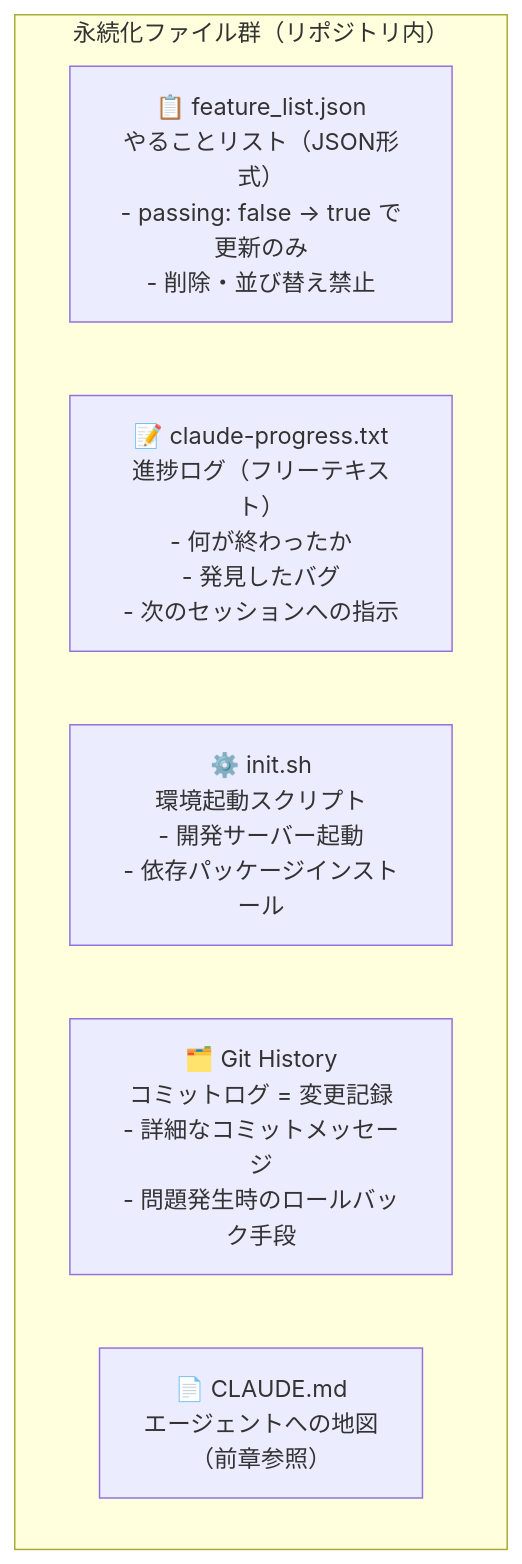
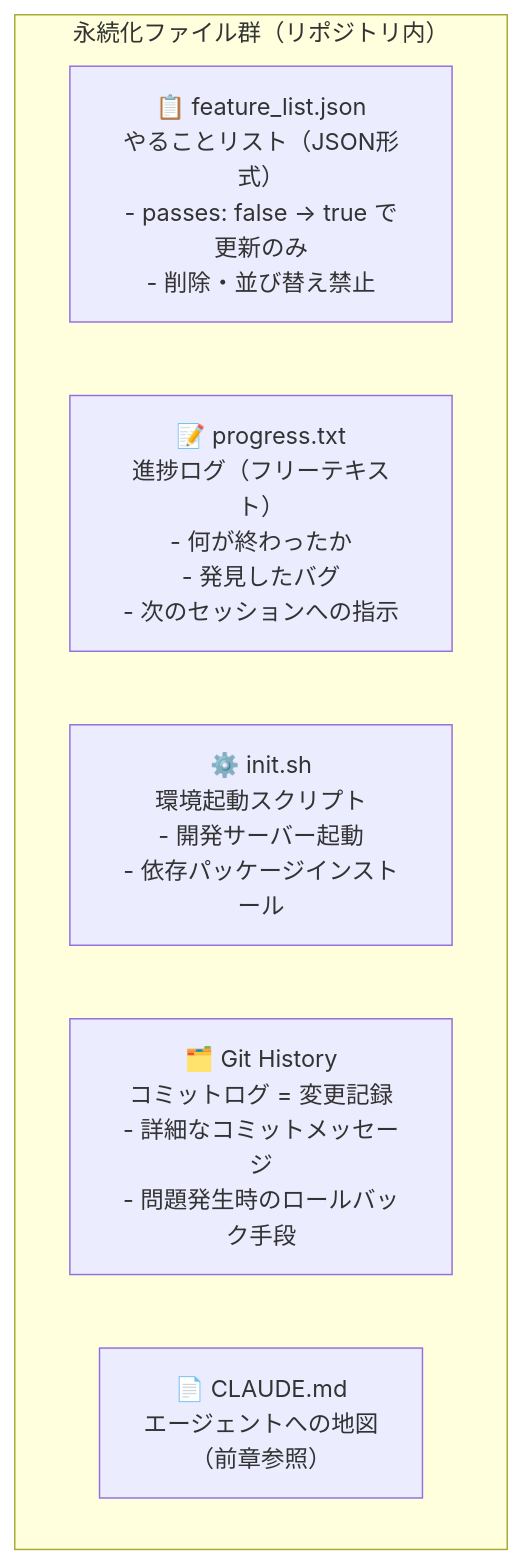
One commit to myoshi2891/Comparison-of-LLMs changed the fifth of 12 diagrams in harness-engineering-complete-guide.md. Above: the diagram before and after it, drawn with Mermaid. The commit also changed other lines of this file and 3 other files, not shown here.

Commit message:
docs(harness): rename progress log to progress.txt and add Netlify redirects

````diff
--- a/harness-engineering-complete-guide.md
+++ b/harness-engineering-complete-guide.md
@@ -182,10 +182,10 @@
 ```mermaid
 flowchart TB
     subgraph FILES["永続化ファイル群（リポジトリ内）"]
-        FL["📋 feature_list.json\nやることリスト（JSON形式）\n- passing: false → true で更新のみ\n- 削除・並び替え禁止"]
-        PR["📝 claude-progress.txt\n進捗ログ（フリーテキスト）\n- 何が終わったか\n- 発見したバグ\n- 次のセッションへの指示"]
+        FL["📋 feature_list.json\nやることリスト（JSON形式）\n- passes: false → true で更新のみ\n- 削除・並び替え禁止"]
+        PR["📝 progress.txt\n進捗ログ（フリーテキスト）\n- 何が終わったか\n- 発見したバグ\n- 次のセッションへの指示"]
         IS["⚙️ init.sh\n環境起動スクリプト\n- 開発サーバー起動\n- 依存パッケージインストール"]
         GH["🗂️ Git History\nコミットログ = 変更記録\n- 詳細なコミットメッセージ\n- 問題発生時のロールバック手段"]
         CM["📄 CLAUDE.md\nエージェントへの地図\n（前章参照）"]
     end
 ```
````
